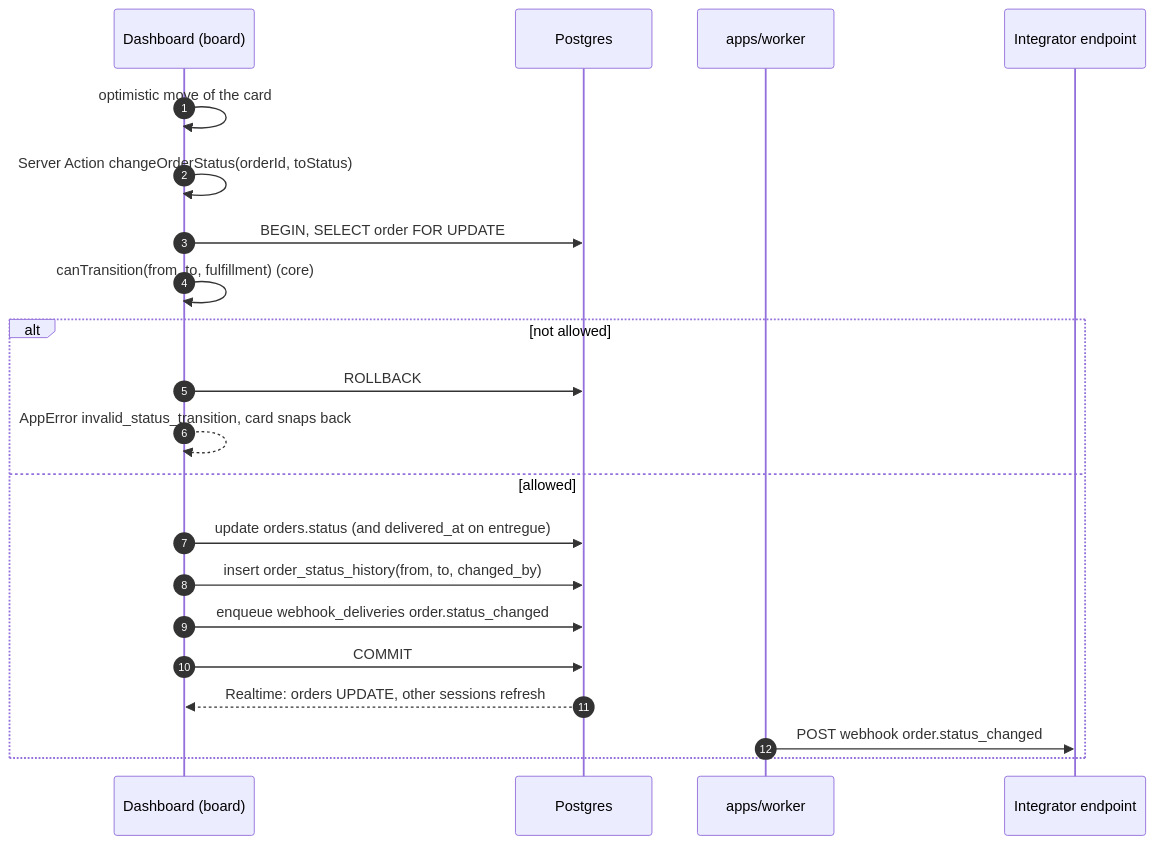
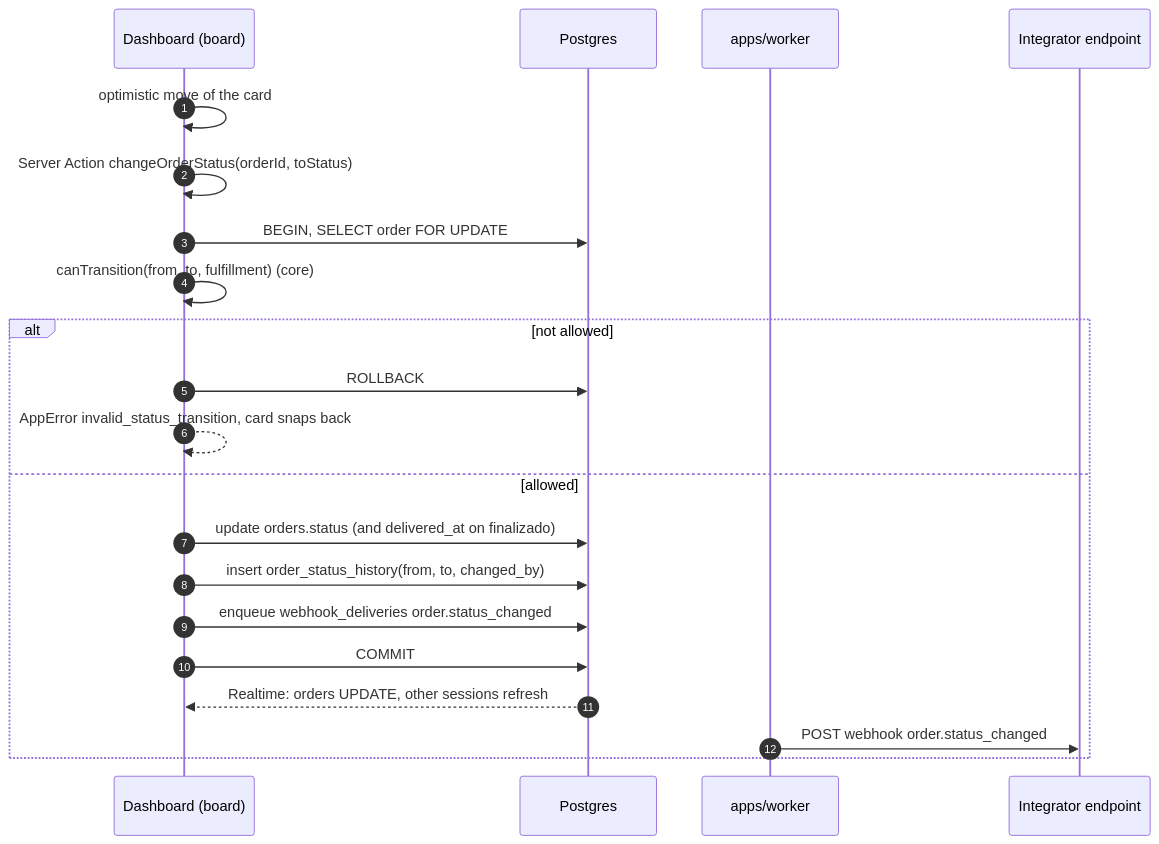
The fifth of 6 diagrams in docs/04.architecture.md (grossl/marmitop), drawn with Mermaid before and after one commit. The commit also changed other lines of this file and 12 other files, not shown here.

Commit message:
docs(orders): status flow without preparando, entregue becomes finalizado per ADR-028

````diff
--- a/docs/04.architecture.md
+++ b/docs/04.architecture.md
@@ -203,24 +203,24 @@
 ```mermaid
 sequenceDiagram
   autonumber
   participant D as Dashboard (board)
   participant DB as Postgres
   participant WK as apps/worker
   participant X as Integrator endpoint
 
   D->>D: optimistic move of the card
   D->>D: Server Action changeOrderStatus(orderId, toStatus)
   D->>DB: BEGIN, SELECT order FOR UPDATE
   D->>D: canTransition(from, to, fulfillment) (core)
   alt not allowed
     D->>DB: ROLLBACK
     D-->>D: AppError invalid_status_transition, card snaps back
   else allowed
-    D->>DB: update orders.status (and delivered_at on entregue)
+    D->>DB: update orders.status (and delivered_at on finalizado)
     D->>DB: insert order_status_history(from, to, changed_by)
     D->>DB: enqueue webhook_deliveries order.status_changed
     D->>DB: COMMIT
     DB-->>D: Realtime: orders UPDATE, other sessions refresh
     WK->>X: POST webhook order.status_changed
   end
 ```
````
